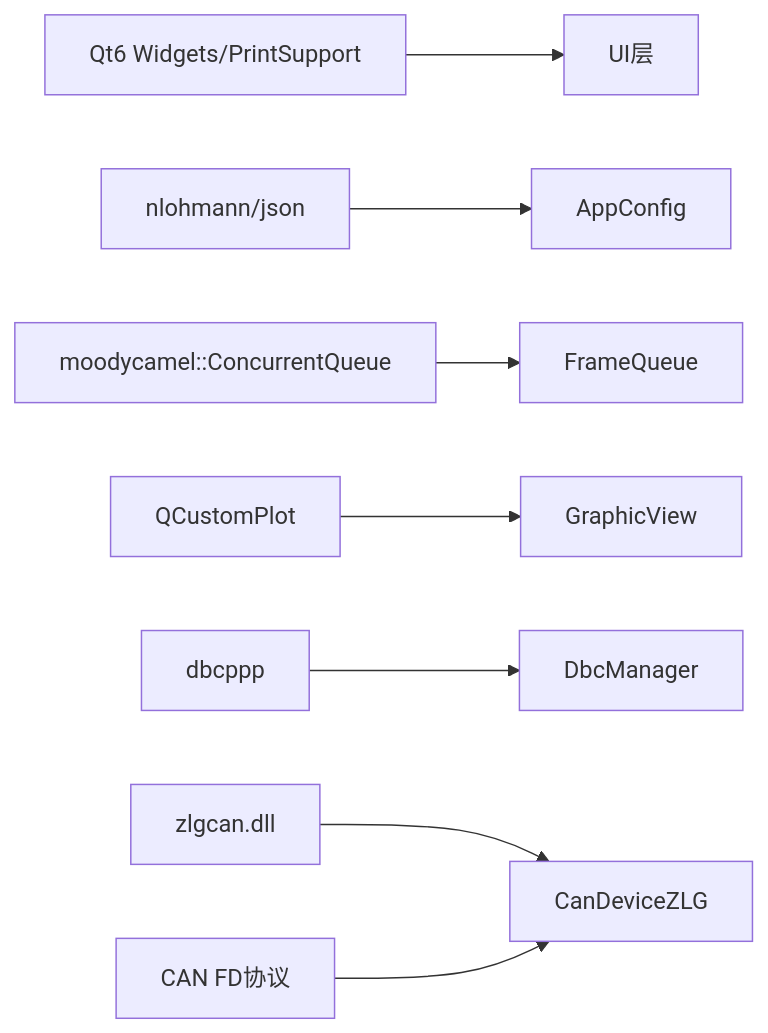
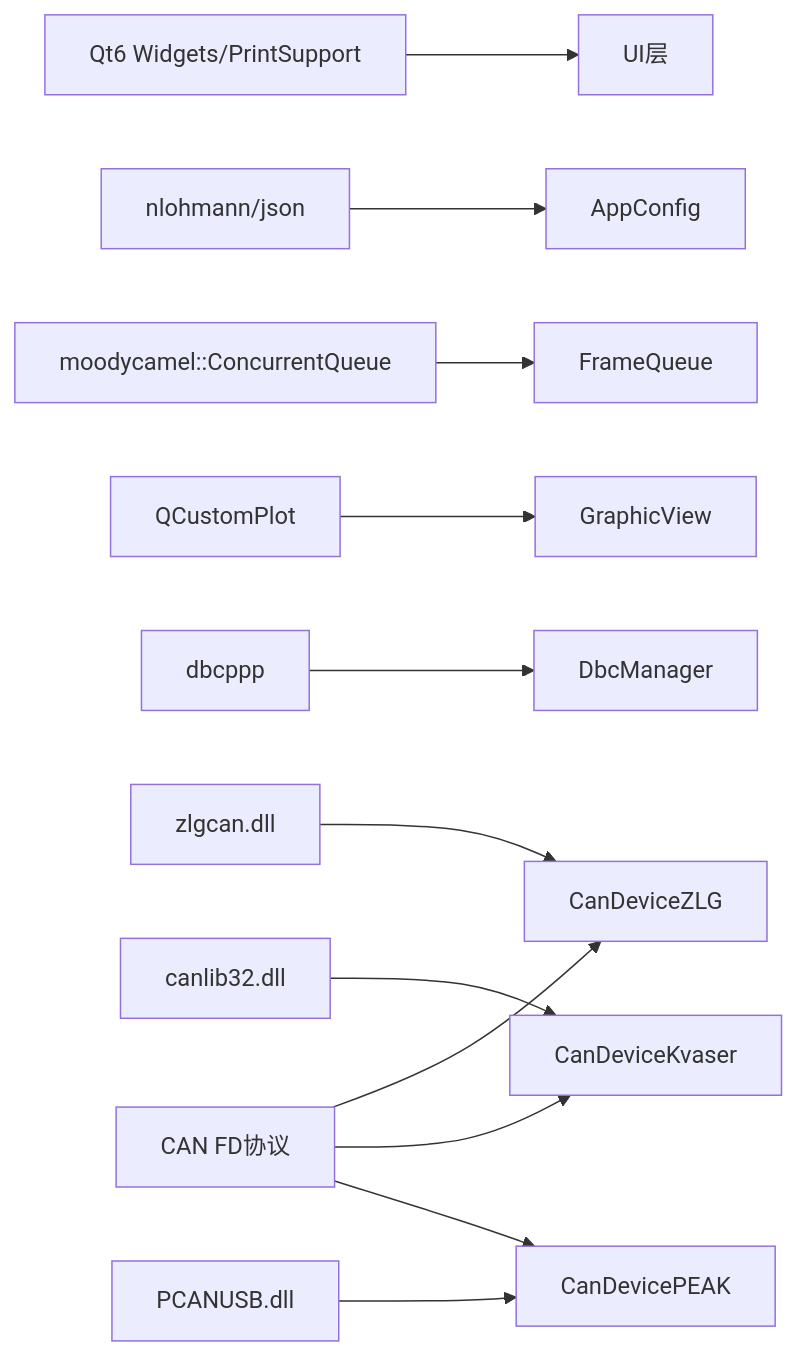
One commit to jakecai1225-design/OpenBus changed the tenth of 10 diagrams in .qoder/repowiki/zh/content/核心模块详解/CAN设备管理系统.md. Above: the diagram before and after it, drawn with Mermaid. The commit also changed other lines of this file and 40 other files, not shown here.

````diff
--- a/.qoder/repowiki/zh/content/核心模块详解/CAN设备管理系统.md
+++ b/.qoder/repowiki/zh/content/核心模块详解/CAN设备管理系统.md
@@ -467,10 +574,14 @@
 ```mermaid
 graph LR
 Qt["Qt6 Widgets/PrintSupport"] --> UI["UI层"]
 JSON["nlohmann/json"] --> CFG["AppConfig"]
 MQ["moodycamel::ConcurrentQueue"] --> Q["FrameQueue"]
 QCP["QCustomPlot"] --> GV["GraphicView"]
 DBCPP["dbcppp"] --> DM["DbcManager"]
 ZLG["zlgcan.dll"] --> ZLGDRV["CanDeviceZLG"]
+KVASER["canlib32.dll"] --> KVASERDRV["CanDeviceKvaser"]
+PEAK["PCANUSB.dll"] --> PEAKDRV["CanDevicePEAK"]
 CFD["CAN FD协议"] --> ZLGDRV
+CFD --> KVASERDRV
+CFD --> PEAKDRV
 ```
````
